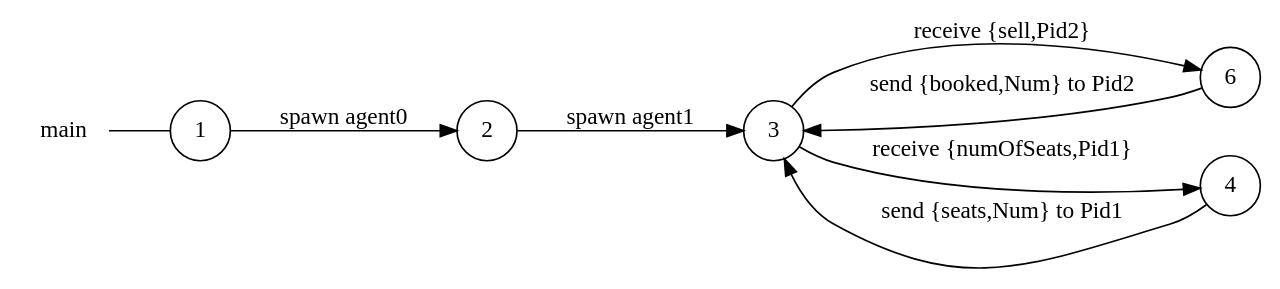
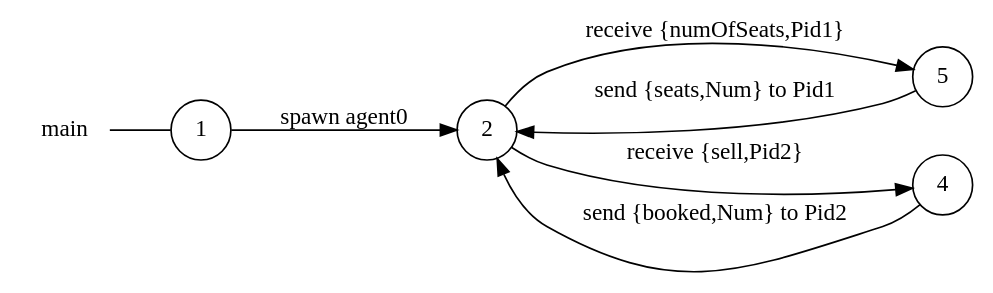
The diagram in examples/airline/main_local_view.dot (gabrielegenovese/chorer), drawn with Graphviz before and after one commit. The commit also changed 8 other files, not shown here.

```diff
--- a/examples/airline/main_local_view.dot
+++ b/examples/airline/main_local_view.dot
@@ -1,17 +1,15 @@
 digraph main {
 	rankdir="LR";
 	n_0 [label="main", shape="plaintext"];
-	n_1 [id="6", shape=circle, label="6"];
+	n_1 [id="5", shape=circle, label="5"];
 	n_2 [id="1", shape=circle, label="1"];
 	n_0 -> n_2 [arrowhead=none];
 	n_3 [id="2", shape=circle, label="2"];
 	n_4 [id="4", shape=circle, label="4"];
-	n_5 [id="3", shape=circle, label="3"];
 
-	n_3 -> n_5 [id="[$e|0]", label="spawn agent1"];
-	n_1 -> n_5 [id="[$e|12]", label="send {booked,Num} to Pid2"];
-	n_5 -> n_4 [id="[$e|1]", label="receive {numOfSeats,Pid1}"];
-	n_2 -> n_3 [id="[$e|7]", label="spawn agent0"];
-	n_4 -> n_5 [id="[$e|11]", label="send {seats,Num} to Pid1"];
-	n_5 -> n_1 [id="[$e|6]", label="receive {sell,Pid2}"];
+	n_2 -> n_3 [id="[$e|10]", label="spawn agent0"];
+	n_3 -> n_4 [id="[$e|1]", label="receive {sell,Pid2}"];
+	n_4 -> n_3 [id="[$e|9]", label="send {booked,Num} to Pid2"];
+	n_3 -> n_1 [id="[$e|4]", label="receive {numOfSeats,Pid1}"];
+	n_1 -> n_3 [id="[$e|8]", label="send {seats,Num} to Pid1"];
 }
```
